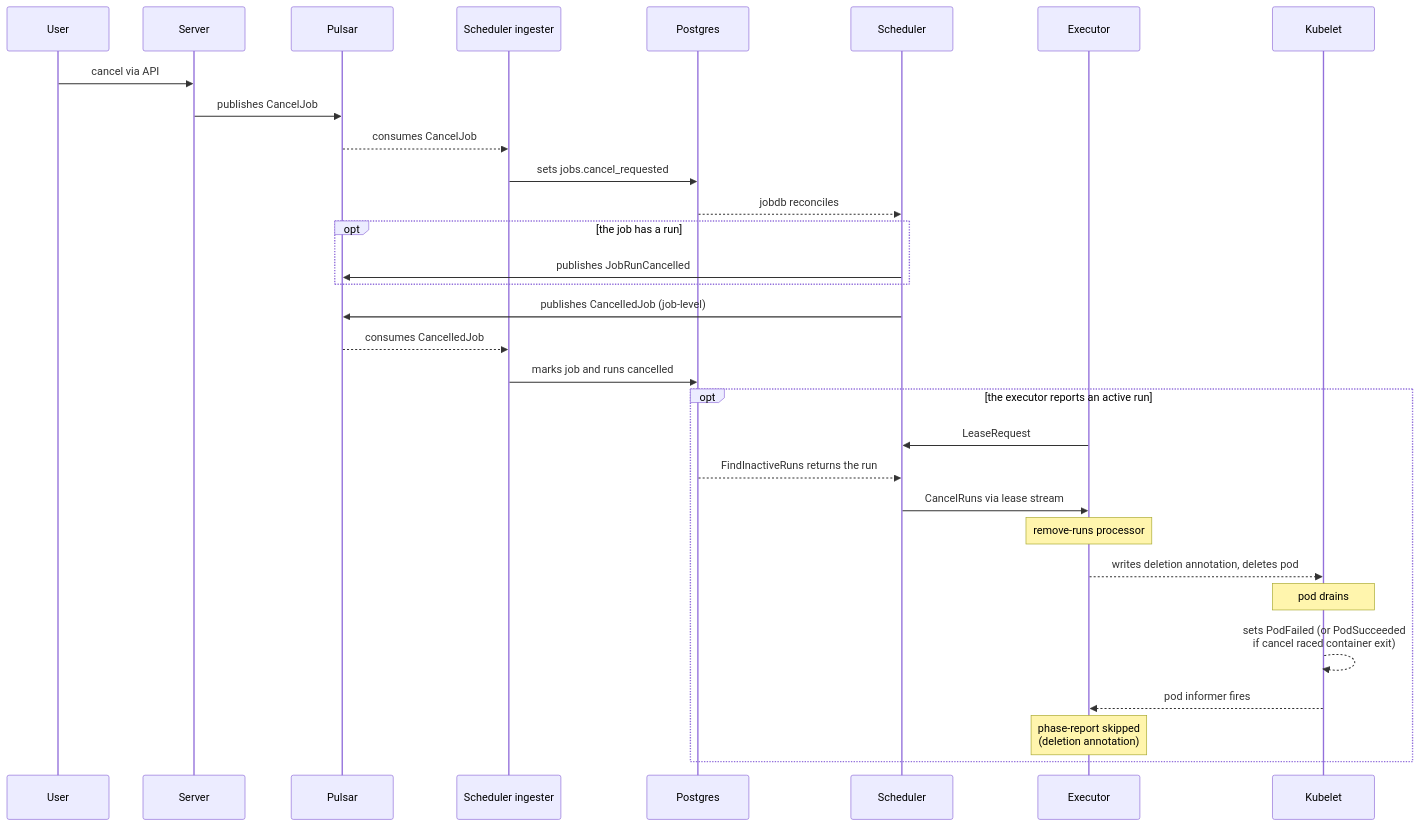
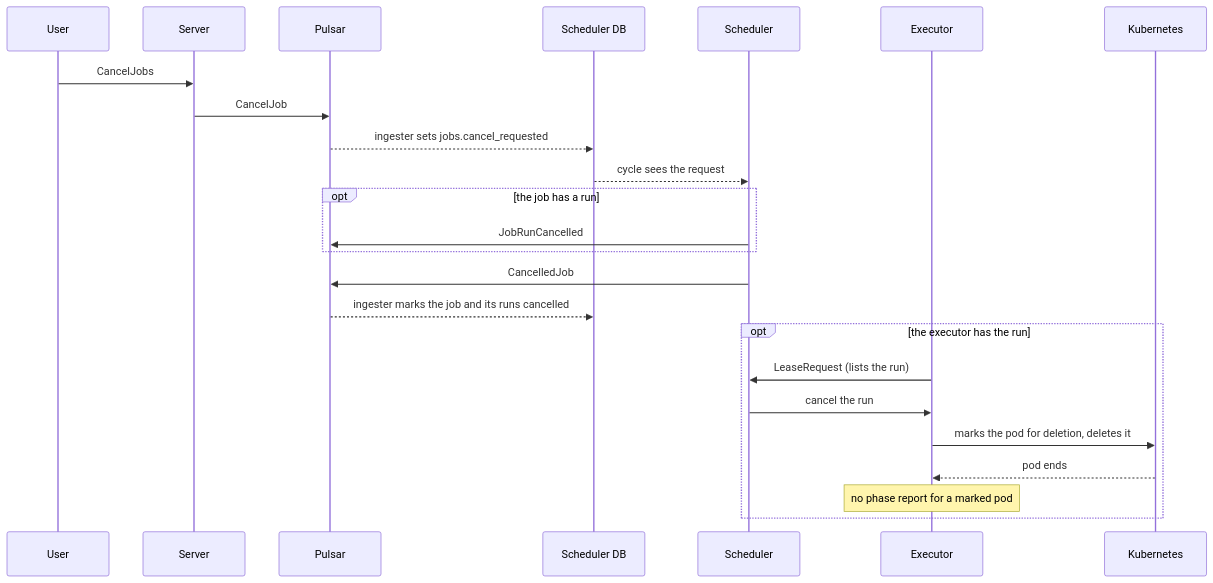
Before and after one commit to armadaproject/armada: the tenth of 11 diagrams in docs/developer/job-lifecycle-events.md, drawn with Mermaid. The commit also changed other lines of this file, not shown here.

Commit message:
Restructure the job lifecycle events doc for readers

````diff
--- a/docs/developer/job-lifecycle-events.md
+++ b/docs/developer/job-lifecycle-events.md
@@ -492,33 +594,26 @@
 ```mermaid
 sequenceDiagram
     participant U as User
     participant S as Server
     participant P as Pulsar
-    participant SI as Scheduler ingester
-    participant Pg as Postgres
+    participant Pg as Scheduler DB
     participant Sc as Scheduler
     participant E as Executor
-    participant K as Kubelet
-    U->>S: cancel via API
-    S->>P: publishes CancelJob
-    P-->>SI: consumes CancelJob
-    SI->>Pg: sets jobs.cancel_requested
-    Pg-->>Sc: jobdb reconciles
+    participant K as Kubernetes
+    U->>S: CancelJobs
+    S->>P: CancelJob
+    P-->>Pg: ingester sets jobs.cancel_requested
+    Pg-->>Sc: cycle sees the request
     opt the job has a run
-        Sc->>P: publishes JobRunCancelled
+        Sc->>P: JobRunCancelled
     end
-    Sc->>P: publishes CancelledJob (job-level)
-    P-->>SI: consumes CancelledJob
-    SI->>Pg: marks job and runs cancelled
-    opt the executor reports an active run
-        E->>Sc: LeaseRequest
-        Pg-->>Sc: FindInactiveRuns returns the run
-        Sc->>E: CancelRuns via lease stream
-        Note over E: remove-runs processor
-        E-->>K: writes deletion annotation, deletes pod
-        Note over K: pod drains
-        K-->>K: sets PodFailed (or PodSucceeded<br/>if cancel raced container exit)
-        K-->>E: pod informer fires
-        Note over E: phase-report skipped<br/>(deletion annotation)
+    Sc->>P: CancelledJob
+    P-->>Pg: ingester marks the job and its runs cancelled
+    opt the executor has the run
+        E->>Sc: LeaseRequest (lists the run)
+        Sc->>E: cancel the run
+        E->>K: marks the pod for deletion, deletes it
+        K-->>E: pod ends
+        Note over E: no phase report for a marked pod
     end
 ```
````
